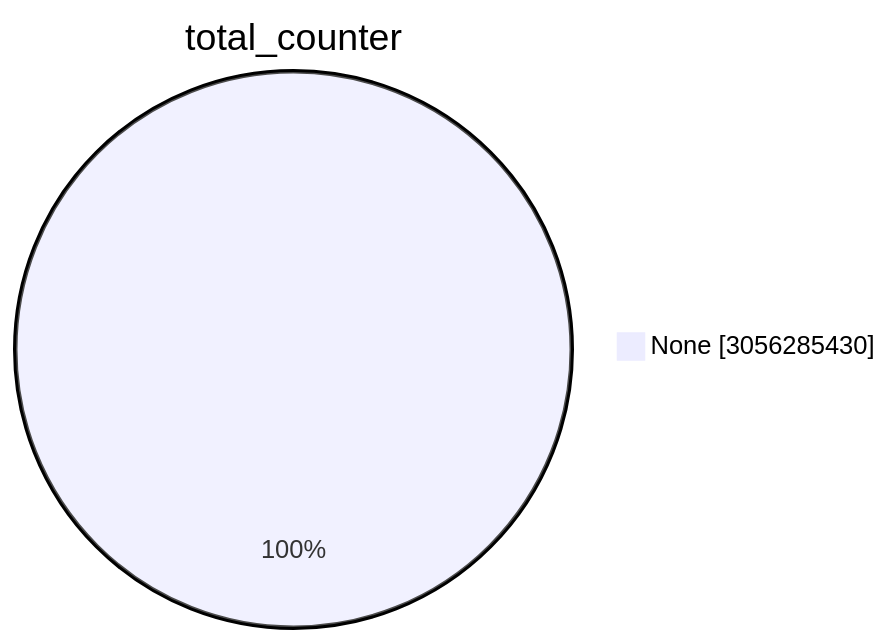
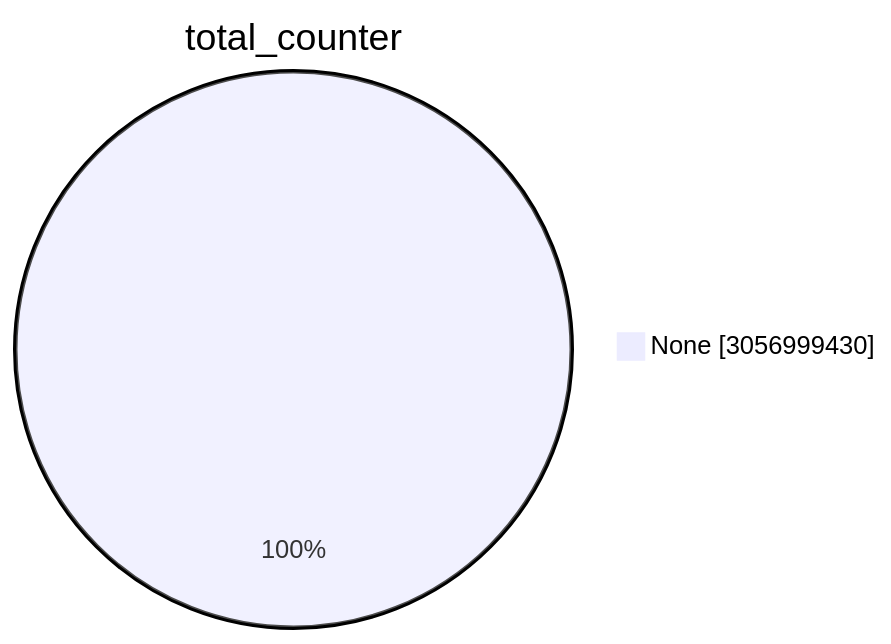
The first of 15 diagrams in TOTAL/README.md (christiankrug/ctmonitor_visualization), drawn with Mermaid before and after one commit. The commit also changed other lines of this file, not shown here.

````diff
--- a/TOTAL/README.md
+++ b/TOTAL/README.md
@@ -1,5 +1,5 @@
 ```mermaid
 pie showData
 title total_counter
-"None" :3056285430
+"None" :3056999430
 ```
````
